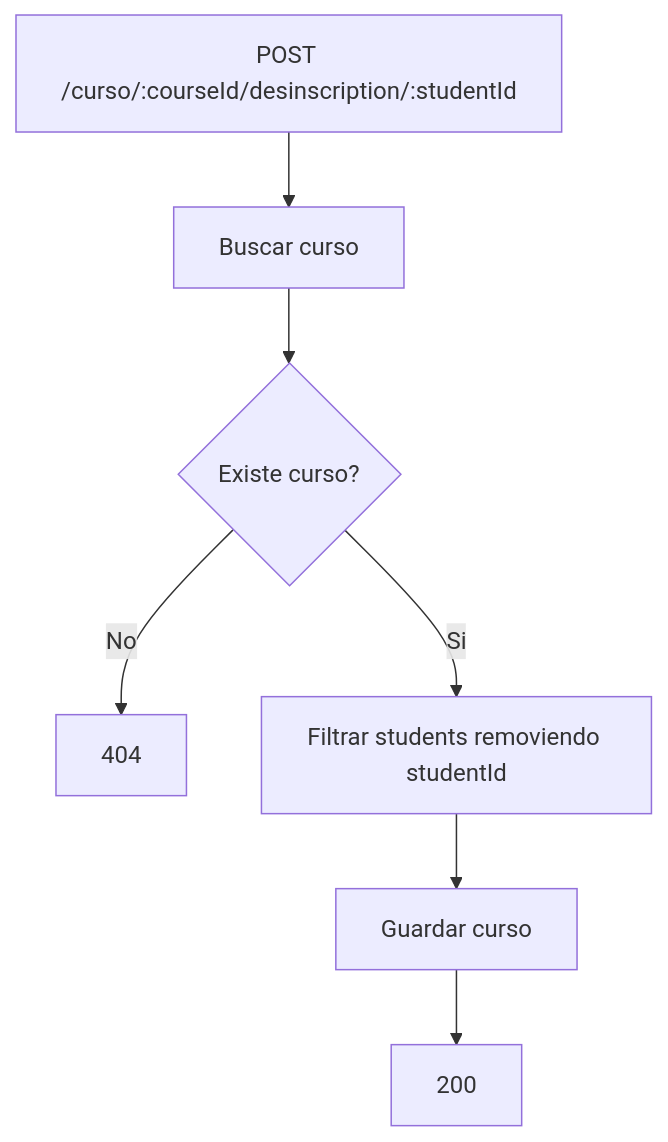
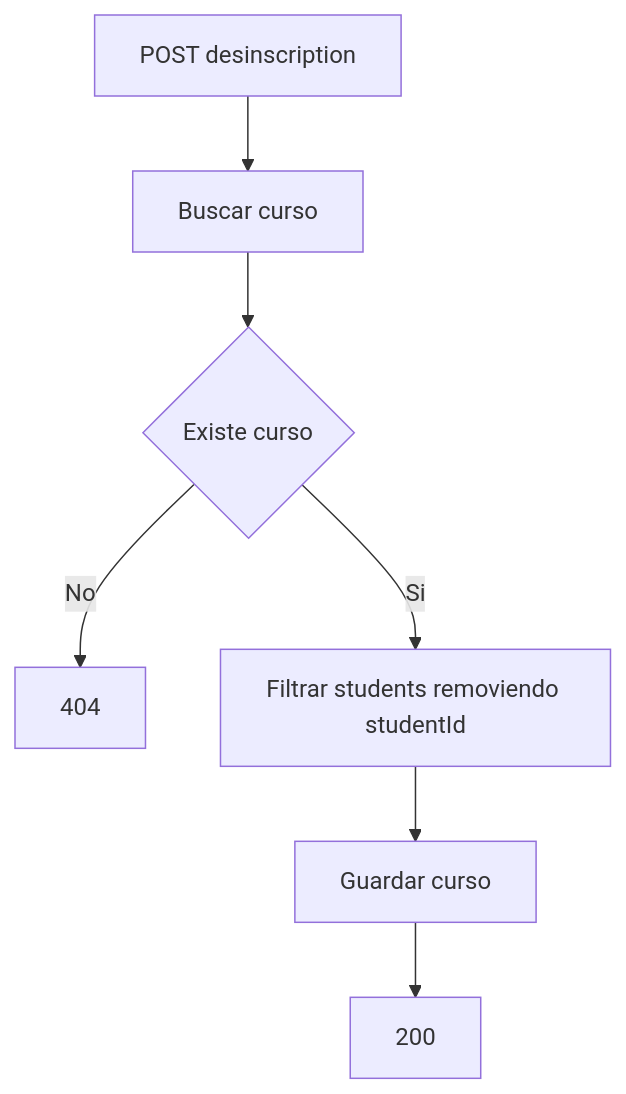
Before and after one commit to Drako01/be_76800: the fifth of 5 diagrams in README.md, drawn with Mermaid. The commit also changed other lines of this file, not shown here.

````diff
--- a/README.md
+++ b/README.md
@@ -253,9 +253,9 @@
 ```mermaid
 flowchart TD
-    J[POST /curso/:courseId/desinscription/:studentId] --> K[Buscar curso]
-    K --> L{Existe curso?}
-    L -- No --> M[404]
-    L -- Si --> N[Filtrar students removiendo studentId]
-    N --> O[Guardar curso]
-    O --> P[200]
+    J["POST desinscription"] --> K["Buscar curso"]
+    K --> L{"Existe curso"}
+    L -->|No| M["404"]
+    L -->|Si| N["Filtrar students removiendo studentId"]
+    N --> O["Guardar curso"]
+    O --> P["200"]
 ```
````
